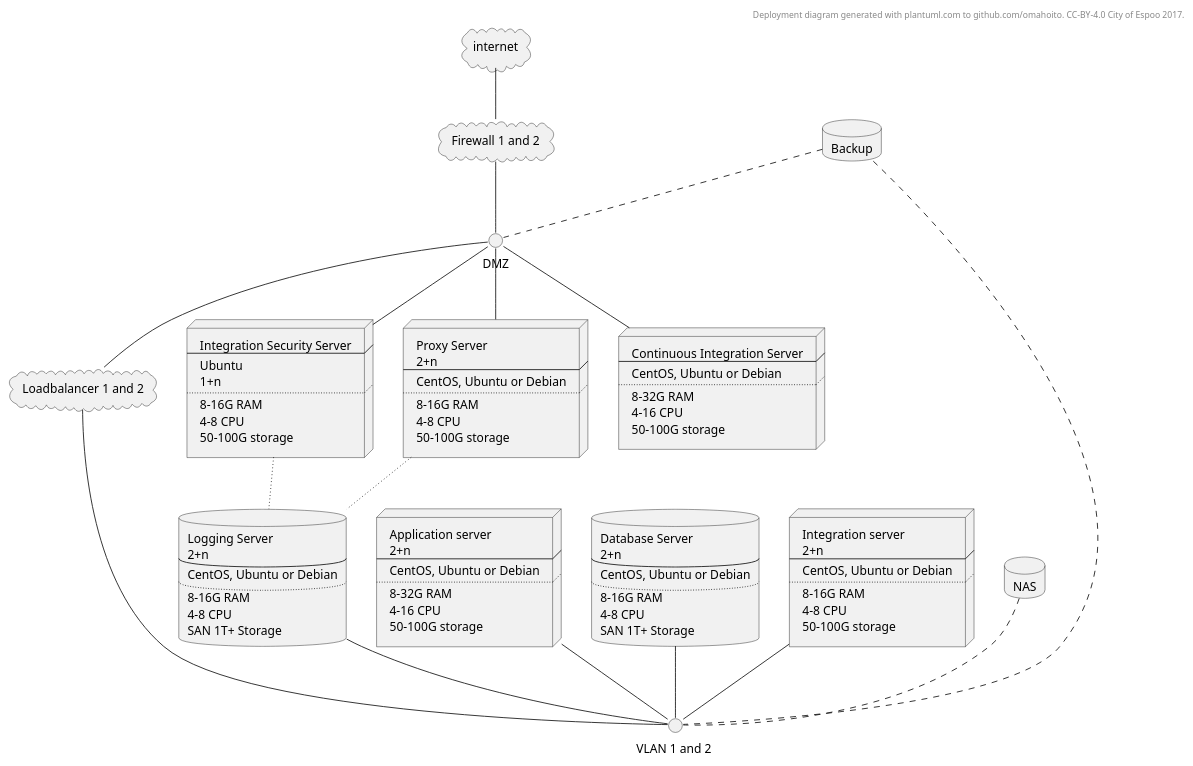
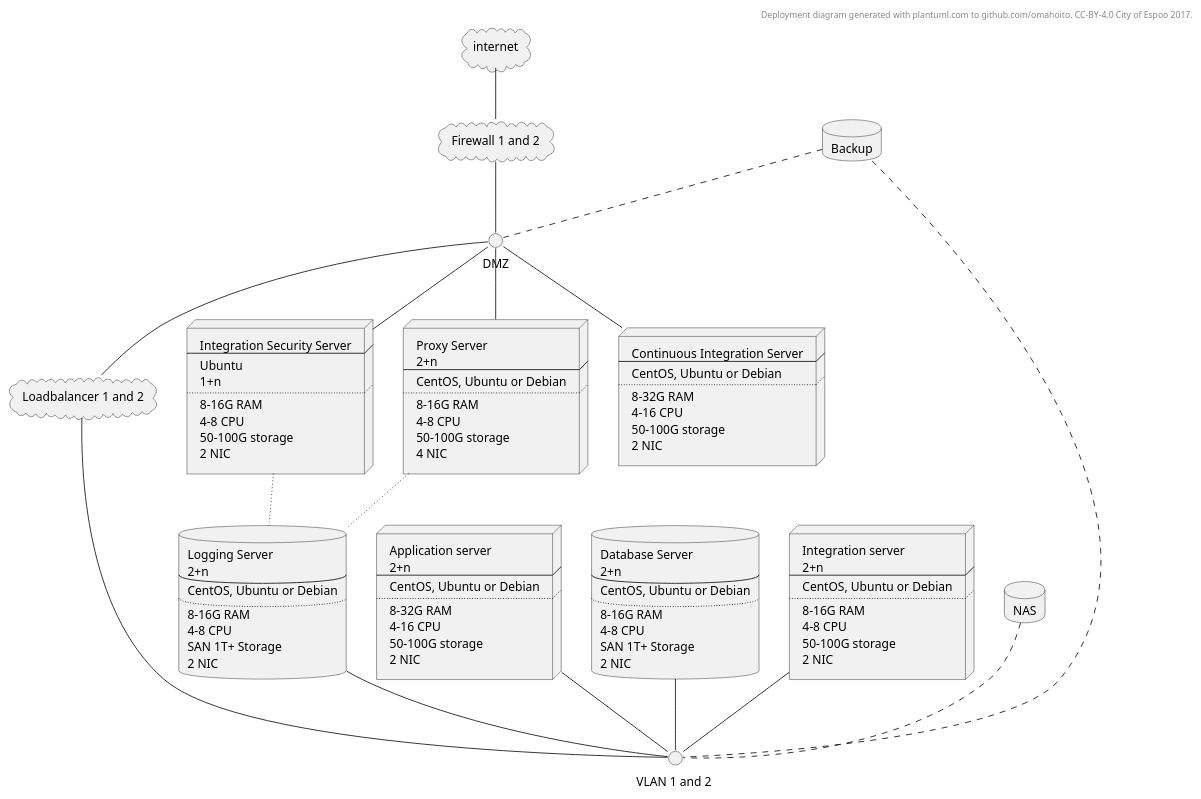
The diagram in deployment.MD (ruoat/definitions), drawn with PlantUML before and after one commit.

```diff
--- a/deployment.MD
+++ b/deployment.MD
@@ -23,6 +23,7 @@
 8-32G RAM
 4-16 CPU
 50-100G storage
+2 NIC
 ]
 database database1 [
 Database Server 
@@ -33,6 +34,7 @@
 8-16G RAM
 4-8 CPU
 SAN 1T+ Storage
+2 NIC
 ]
 database logging1 [
 Logging Server 
@@ -43,6 +45,7 @@
 8-16G RAM
 4-8 CPU
 SAN 1T+ Storage
+2 NIC
 ]
 node nodeintegration1 [
 Integration Security Server
@@ -53,6 +56,7 @@
 8-16G RAM
 4-8 CPU
 50-100G storage
+2 NIC
 ]
 node nodeintegration2 [
 Integration server
@@ -63,6 +67,7 @@
 8-16G RAM
 4-8 CPU
 50-100G storage
+2 NIC
 ]
 node nodeproxy [
 Proxy Server
@@ -73,6 +78,7 @@
 8-16G RAM
 4-8 CPU
 50-100G storage
+4 NIC
 ]
 node nodeci [
 Continuous Integration Server
@@ -82,6 +88,7 @@
 8-32G RAM
 4-16 CPU
 50-100G storage
+2 NIC
 ]
 database NAS
 database Backup
```
